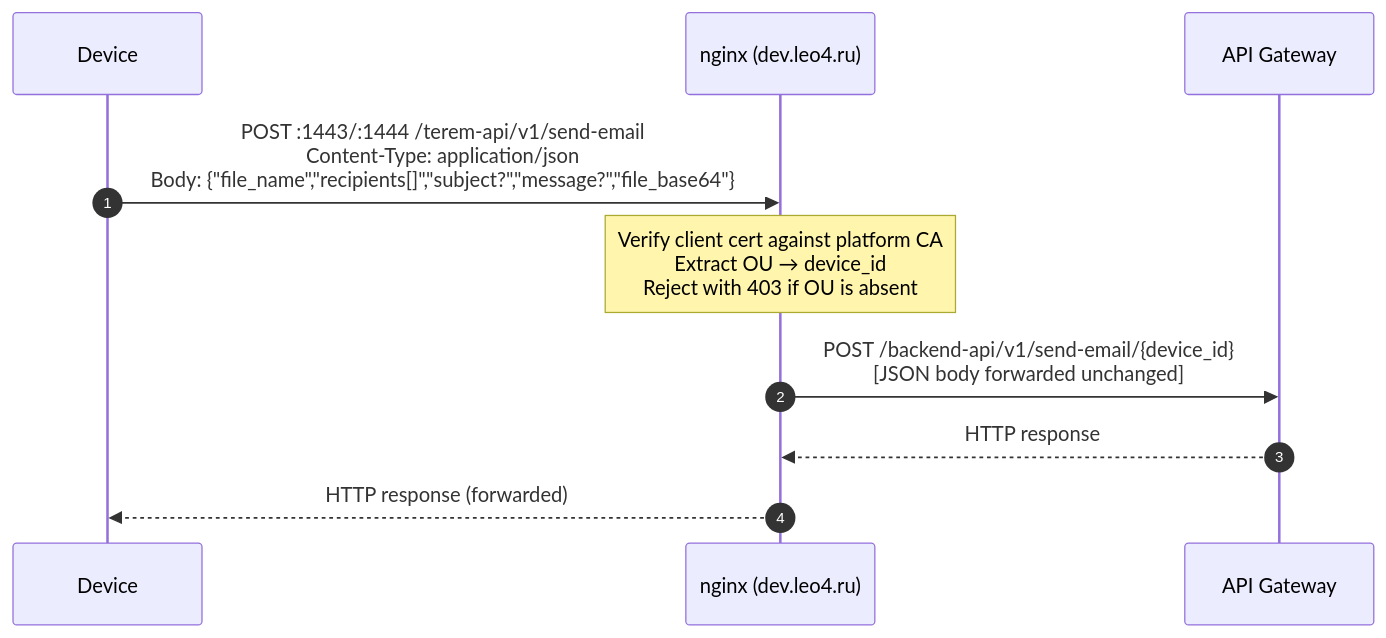
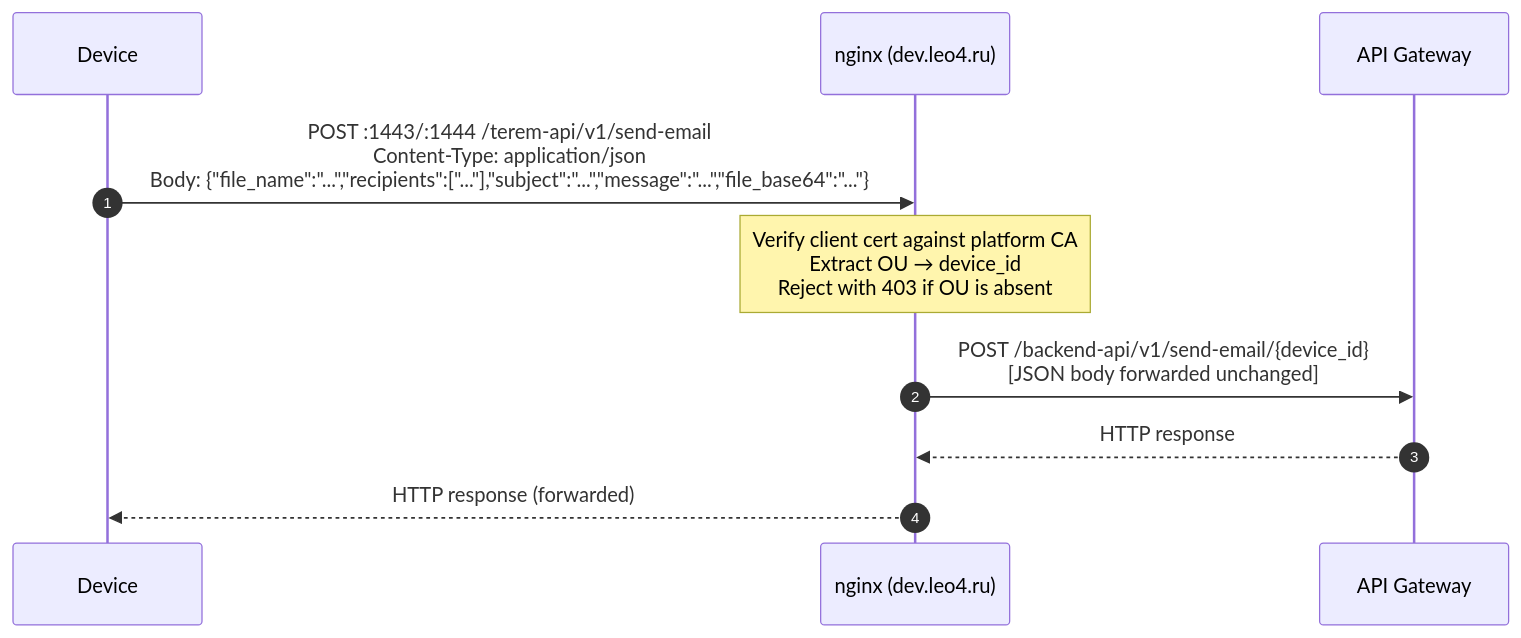
The diagram in docs/device-http-mtls-send-email.md (OlegLebedevRU/iot-rpc-rest-app), drawn with Mermaid before and after one commit. The commit also changed other lines of this file, not shown here.

First line of the commit message:
docs: refine JSON examples after review feedback

````diff
--- a/docs/device-http-mtls-send-email.md
+++ b/docs/device-http-mtls-send-email.md
@@ -41,13 +41,13 @@
 ```mermaid
 sequenceDiagram
     autonumber
     participant D  as Device
     participant N  as nginx (dev.leo4.ru)
     participant GW as API Gateway
 
-    D  ->> N  : POST :1443/:1444 /terem-api/v1/send-email<br/>Content-Type: application/json<br/>Body: {"file_name","recipients[]","subject?","message?","file_base64"}
+    D  ->> N  : POST :1443/:1444 /terem-api/v1/send-email<br/>Content-Type: application/json<br/>Body: {"file_name":"...","recipients":["..."],"subject":"...","message":"...","file_base64":"..."}
     Note over N: Verify client cert against platform CA<br/>Extract OU → device_id<br/>Reject with 403 if OU is absent
     N  ->> GW : POST /backend-api/v1/send-email/{device_id}<br/>[JSON body forwarded unchanged]
     GW -->> N : HTTP response
     N  -->> D : HTTP response (forwarded)
 ```
````
